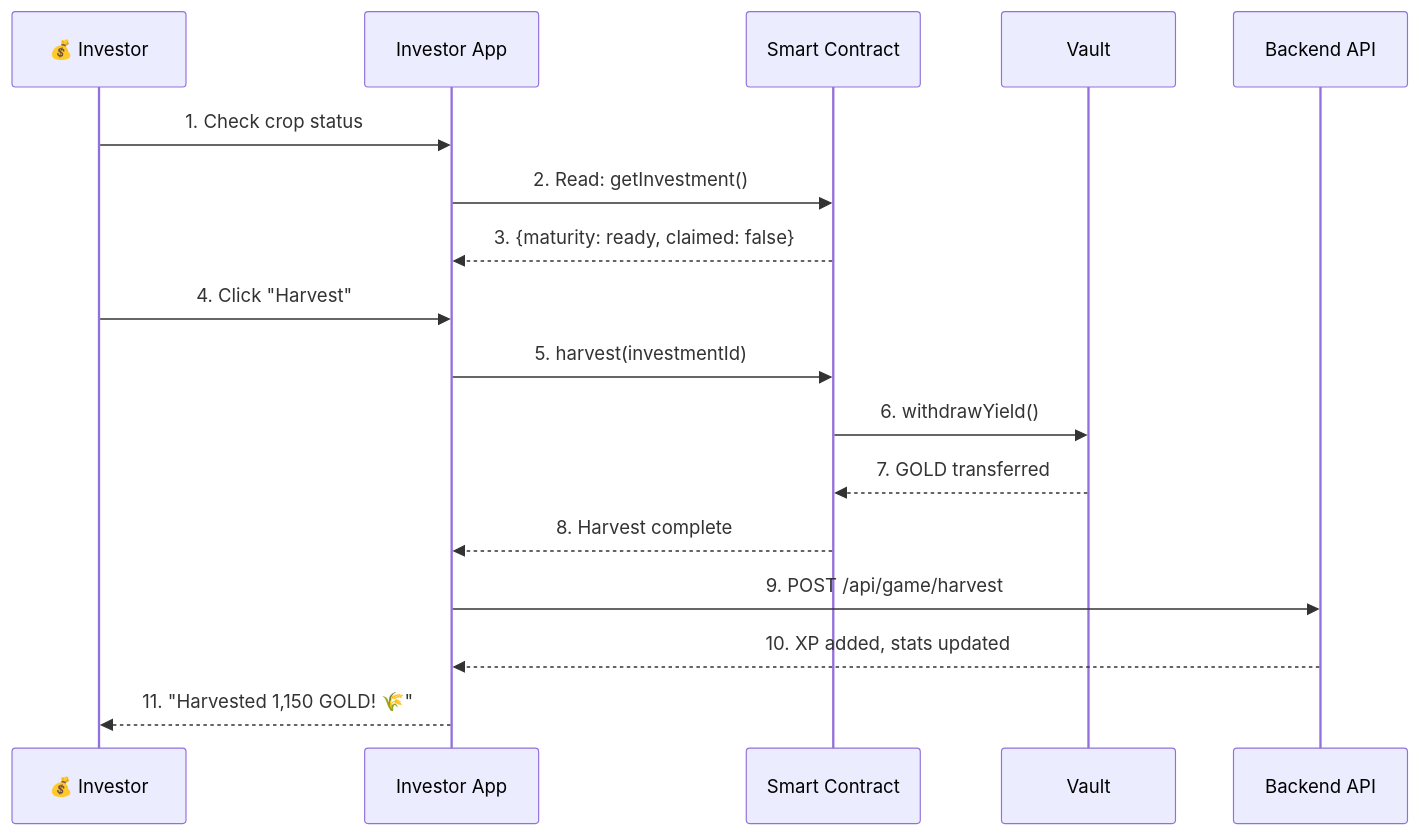
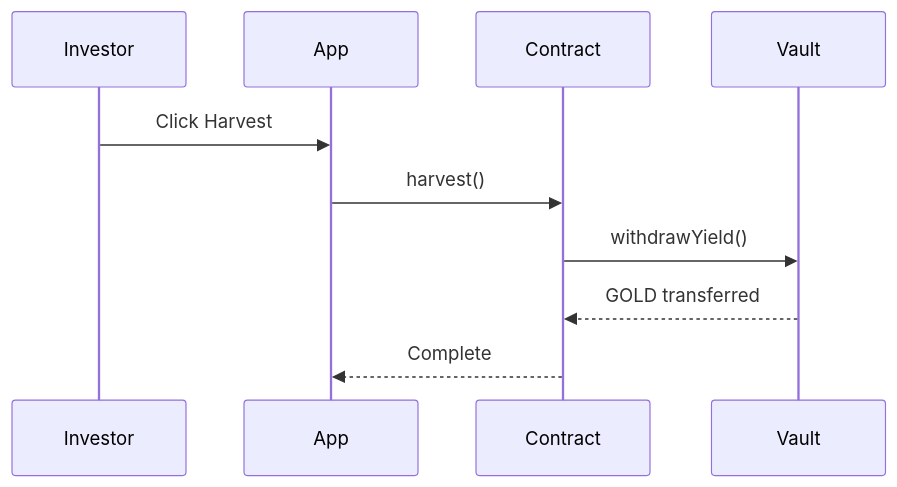
Before and after one commit to OwnaFarm/docs: the fifth of 7 diagrams in gitbook/technical/system-flow.md, drawn with Mermaid. The commit also changed other lines of this file and 17 other files, not shown here.

````diff
--- a/gitbook/technical/system-flow.md
+++ b/gitbook/technical/system-flow.md
@@ -155,24 +102,13 @@
 ```mermaid
 sequenceDiagram
-    participant I as 💰 Investor
-    participant FE as Investor App
-    participant SC as Smart Contract
+    participant I as Investor
+    participant FE as App
+    participant SC as Contract
     participant V as Vault
-    participant BE as Backend API
 
-    I->>FE: 1. Check crop status
-    FE->>SC: 2. Read: getInvestment()
-    SC-->>FE: 3. {maturity: ready, claimed: false}
-
-    I->>FE: 4. Click "Harvest"
-    FE->>SC: 5. harvest(investmentId)
-
-    SC->>V: 6. withdrawYield()
-    V-->>SC: 7. GOLD transferred
-    SC-->>FE: 8. Harvest complete
-
-    FE->>BE: 9. POST /api/game/harvest
-    BE-->>FE: 10. XP added, stats updated
-
-    FE-->>I: 11. "Harvested 1,150 GOLD! 🌾"
+    I->>FE: Click Harvest
+    FE->>SC: harvest()
+    SC->>V: withdrawYield()
+    V-->>SC: GOLD transferred
+    SC-->>FE: Complete
 ```
````
